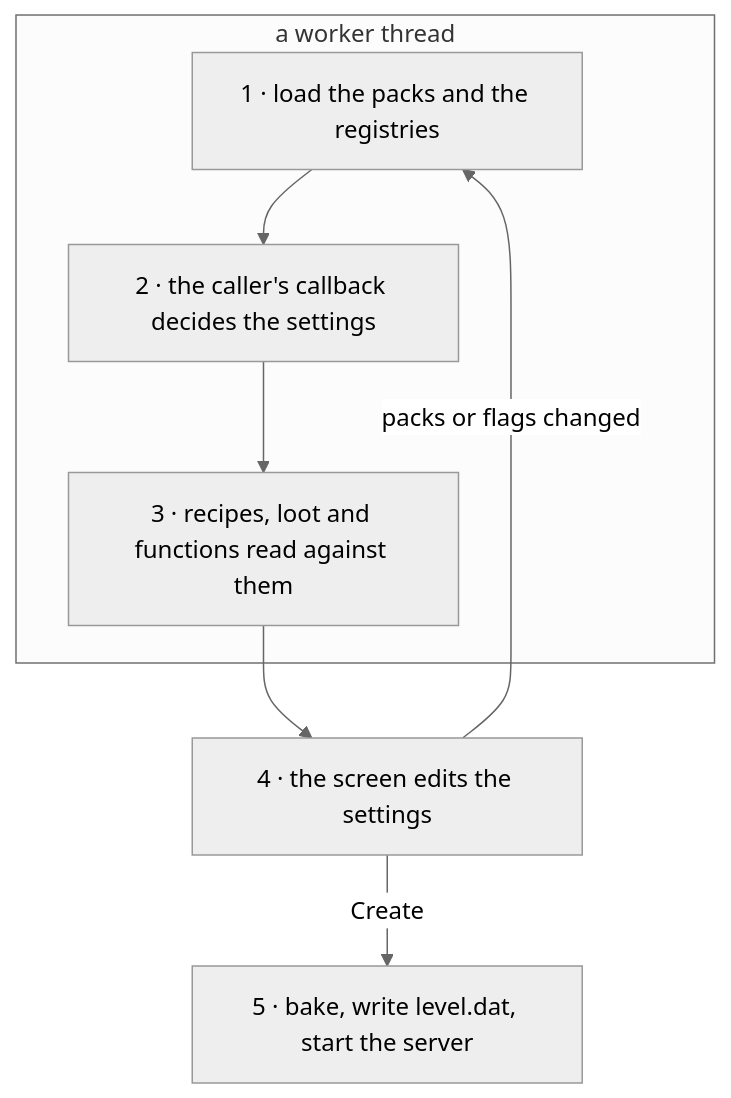
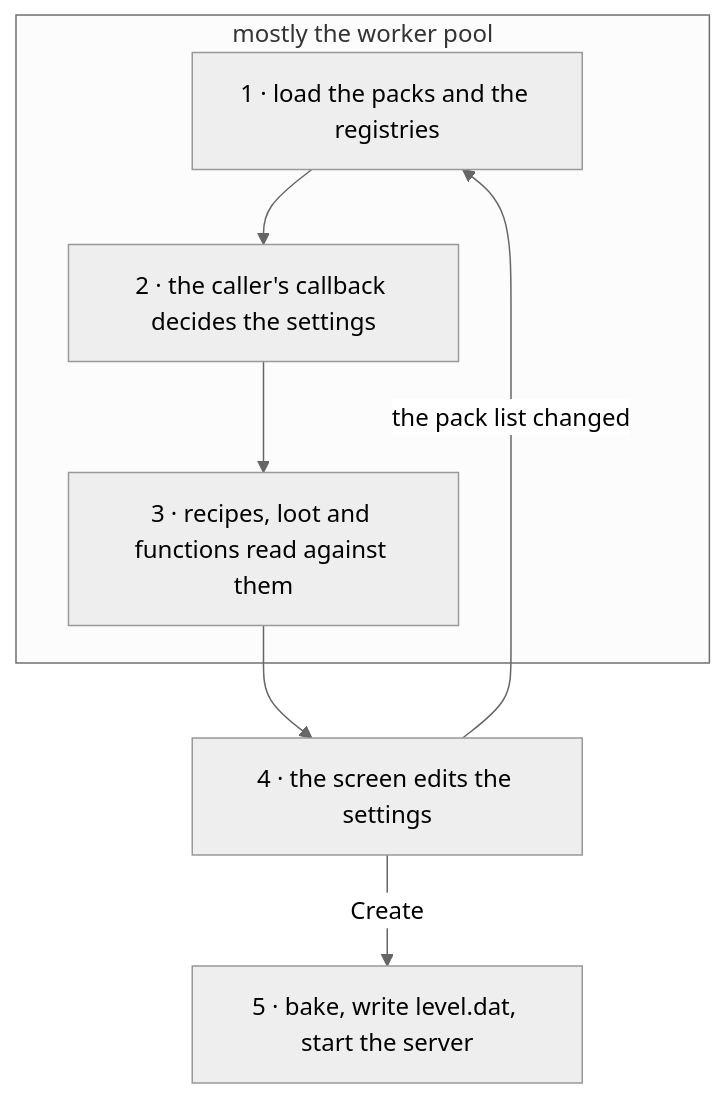
One commit to AlexanderjFraser/MinecraftDocs changed the first of 2 diagrams in src/systems/worldgen/creating-a-world.md. Above: the diagram before and after it, drawn with Mermaid (neutral theme). The commit also changed other lines of this file and 25 other files, not shown here.

````diff
--- a/src/systems/worldgen/creating-a-world.md
+++ b/src/systems/worldgen/creating-a-world.md
@@ -47,10 +39,10 @@
 ```mermaid
 flowchart TD
-    subgraph WL["a worker thread"]
+    subgraph WL["mostly the worker pool"]
         A["1 · load the packs and the registries"] --> B["2 · the caller's callback decides the settings"]
         B --> C["3 · recipes, loot and functions read against them"]
     end
     C --> D["4 · the screen edits the settings"]
-    D -->|"packs or flags changed"| A
+    D -->|"the pack list changed"| A
     D -->|"Create"| E["5 · bake, write level.dat, start the server"]
 ```
````
